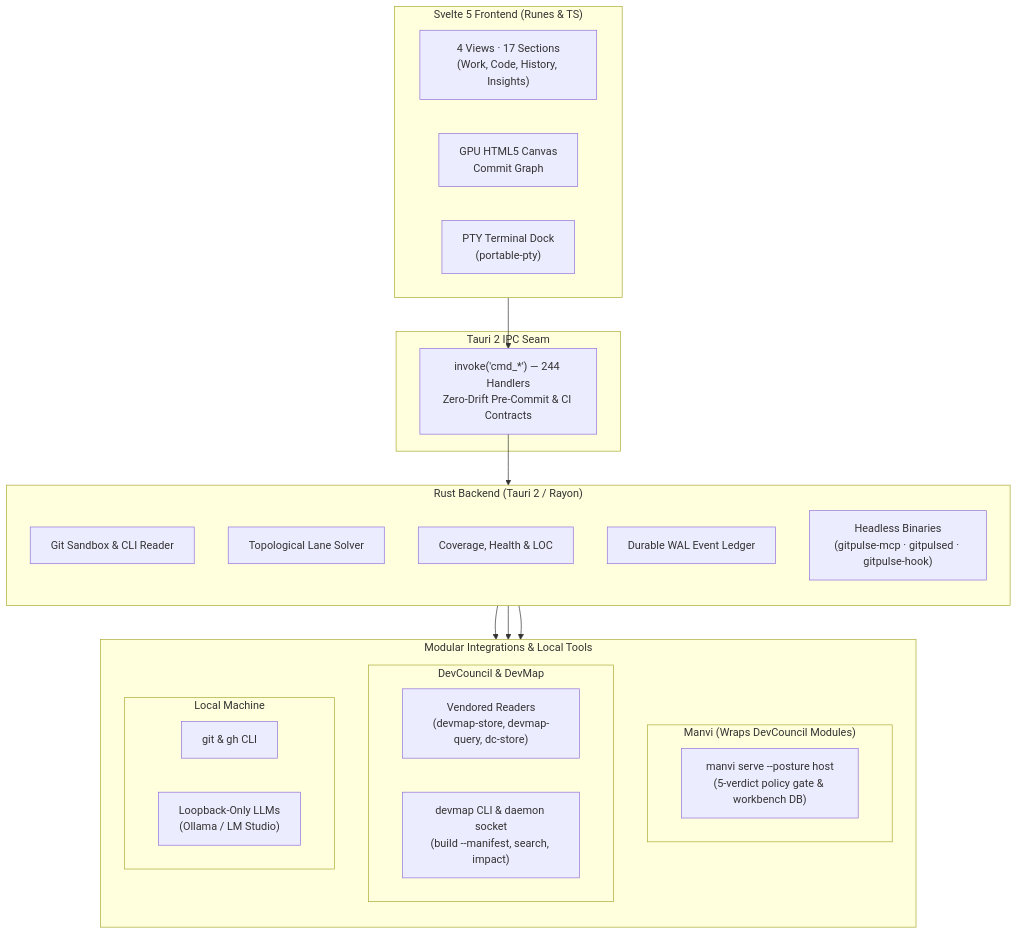
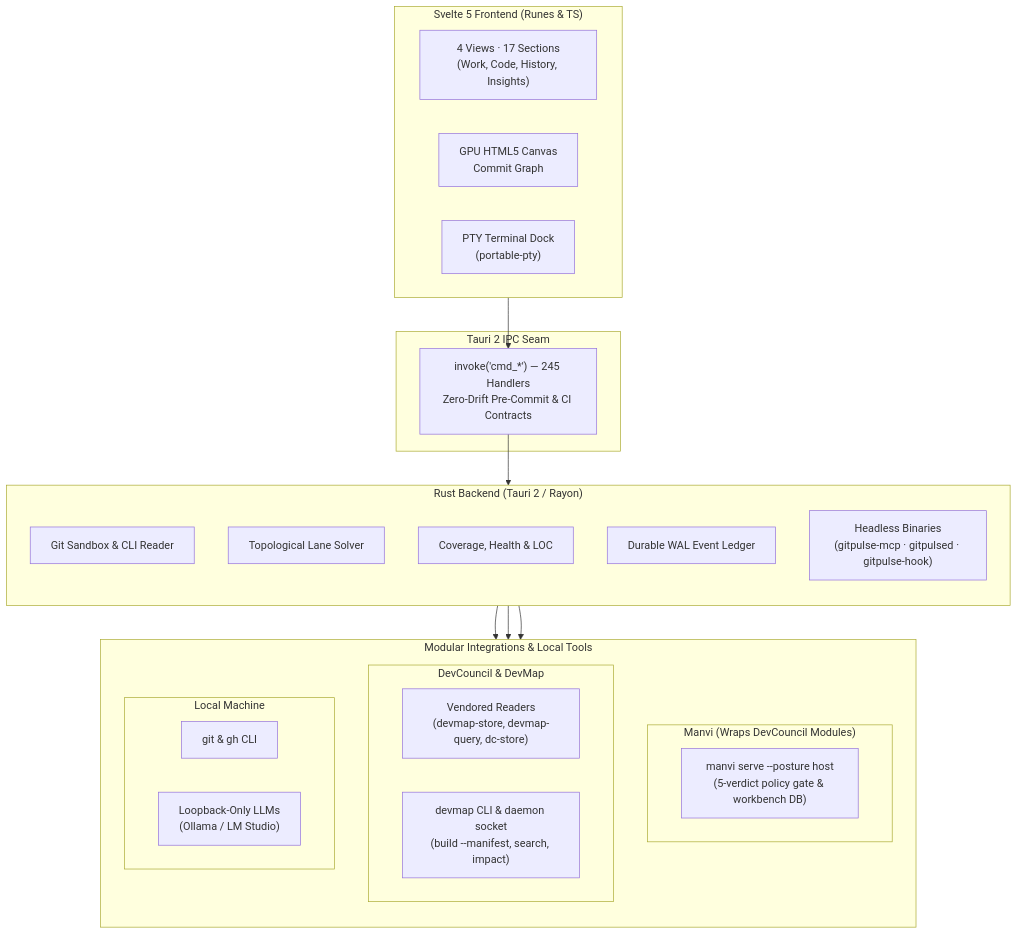
One commit to bharathvbcr/GitPulse changed the diagram in README.md. Above: the diagram before and after it, drawn with Mermaid. The commit also changed 61 other files, not shown here.

````diff
--- a/README.md
+++ b/README.md
@@ -116,43 +116,43 @@
 ```mermaid
 flowchart TB
     subgraph Frontend["Svelte 5 Frontend (Runes & TS)"]
         direction LR
         Views["4 Views · 17 Sections<br/>(Work, Code, History, Insights)"]
         Canvas["GPU HTML5 Canvas<br/>Commit Graph"]
         TerminalDock["PTY Terminal Dock<br/>(portable-pty)"]
     end
 
     subgraph IPC["Tauri 2 IPC Seam"]
-        Bridge["invoke('cmd_*') — 244 Handlers<br/>Zero-Drift Pre-Commit & CI Contracts"]
+        Bridge["invoke('cmd_*') — 245 Handlers<br/>Zero-Drift Pre-Commit & CI Contracts"]
     end
 
     subgraph Backend["Rust Backend (Tauri 2 / Rayon)"]
         direction TB
         GitEngine["Git Sandbox & CLI Reader"]
         LaneSolver["Topological Lane Solver"]
         Analyzers["Coverage, Health & LOC"]
         Ledger["Durable WAL Event Ledger"]
         Headless["Headless Binaries<br/>(gitpulse-mcp · gitpulsed · gitpulse-hook)"]
     end
 
     subgraph Integrations["Modular Integrations & Local Tools"]
         direction TB
         subgraph ManviWrap["Manvi (Wraps DevCouncil Modules)"]
             ManviSidecar["manvi serve --posture host<br/>(5-verdict policy gate & workbench DB)"]
         end
         subgraph DevCouncilMods["DevCouncil & DevMap"]
             Vendored["Vendored Readers<br/>(devmap-store, devmap-query, dc-store)"]
             DevMapCLI["devmap CLI & daemon socket<br/>(build --manifest, search, impact)"]
         end
         subgraph LocalTools["Local Machine"]
             CLI["git & gh CLI"]
             LocalLLM["Loopback-Only LLMs<br/>(Ollama / LM Studio)"]
         end
     end
 
     Frontend --> Bridge
     Bridge --> Backend
     Backend --> ManviWrap
     Backend --> DevCouncilMods
     Backend --> LocalTools
 ```
````
